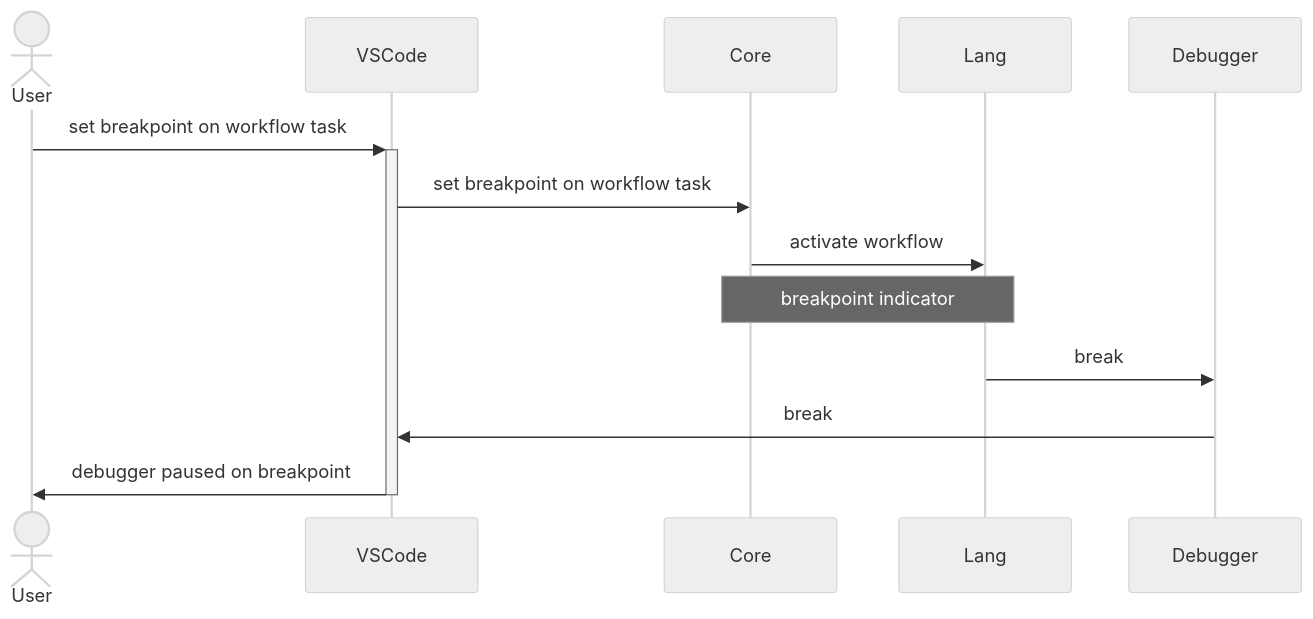
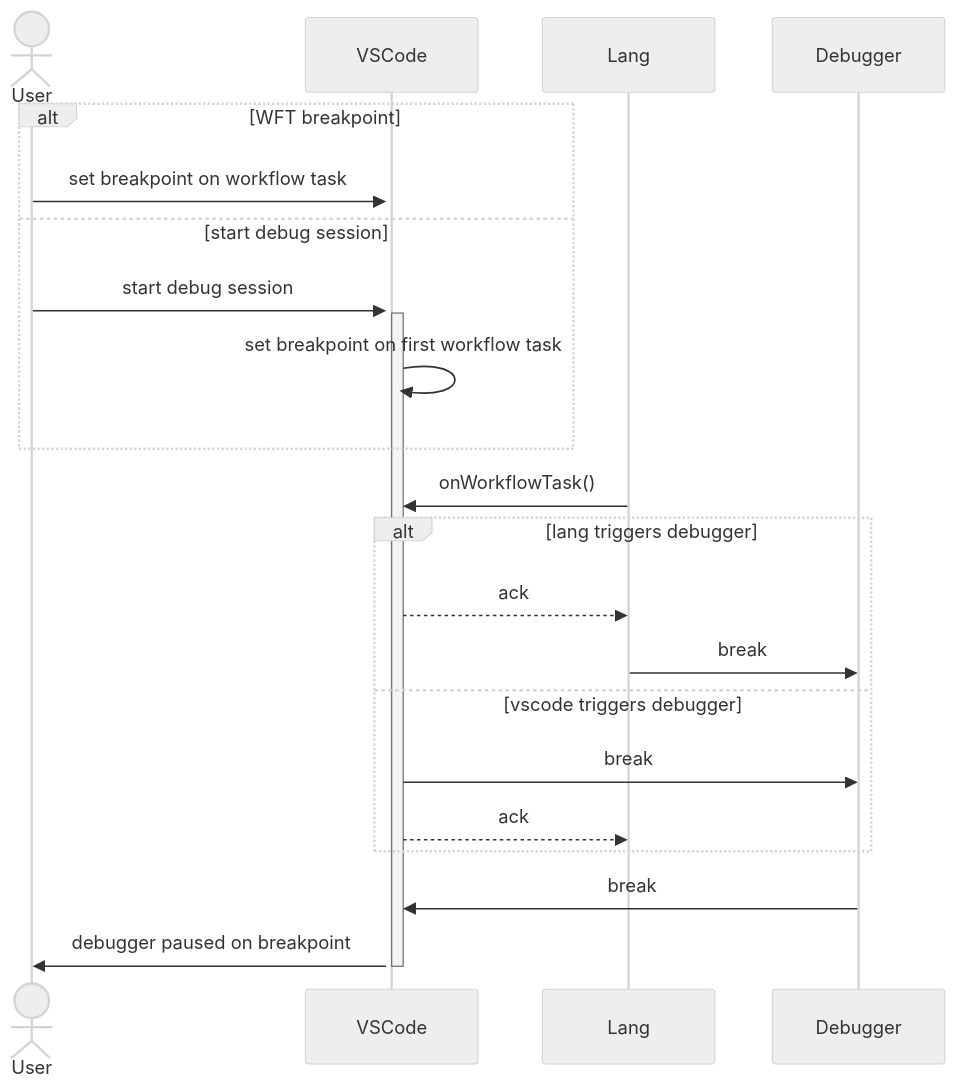
The second of 2 diagrams in debugger.md (temporalio/proposals), drawn with Mermaid (neutral theme) before and after one commit. The commit also changed other lines of this file, not shown here.

````diff
--- a/debugger.md
+++ b/debugger.md
@@ -144,15 +142,23 @@
 ```mermaid
 sequenceDiagram
     actor User
     participant VSCode
-    participant Core
     participant Lang
 
-    User->>+VSCode: set breakpoint on workflow task
-    VSCode->>Core: set breakpoint on workflow task
-    Core->>Lang: activate workflow
-    Note over Core,Lang: breakpoint indicator
-    Lang->>Debugger: break
+    alt WFT breakpoint
+        User->>+VSCode: set breakpoint on workflow task
+    else start debug session
+        User->>+VSCode: start debug session
+        VSCode->>VSCode: set breakpoint on first workflow task
+    end
+    Lang->>VSCode: onWorkflowTask()
+    alt lang triggers debugger
+        VSCode-->>Lang: ack
+        Lang->>Debugger: break
+    else vscode triggers debugger
+        VSCode->>Debugger: break
+        VSCode-->>Lang: ack
+    end
     Debugger->>VSCode: break
     VSCode->>-User: debugger paused on breakpoint
 ```
````
